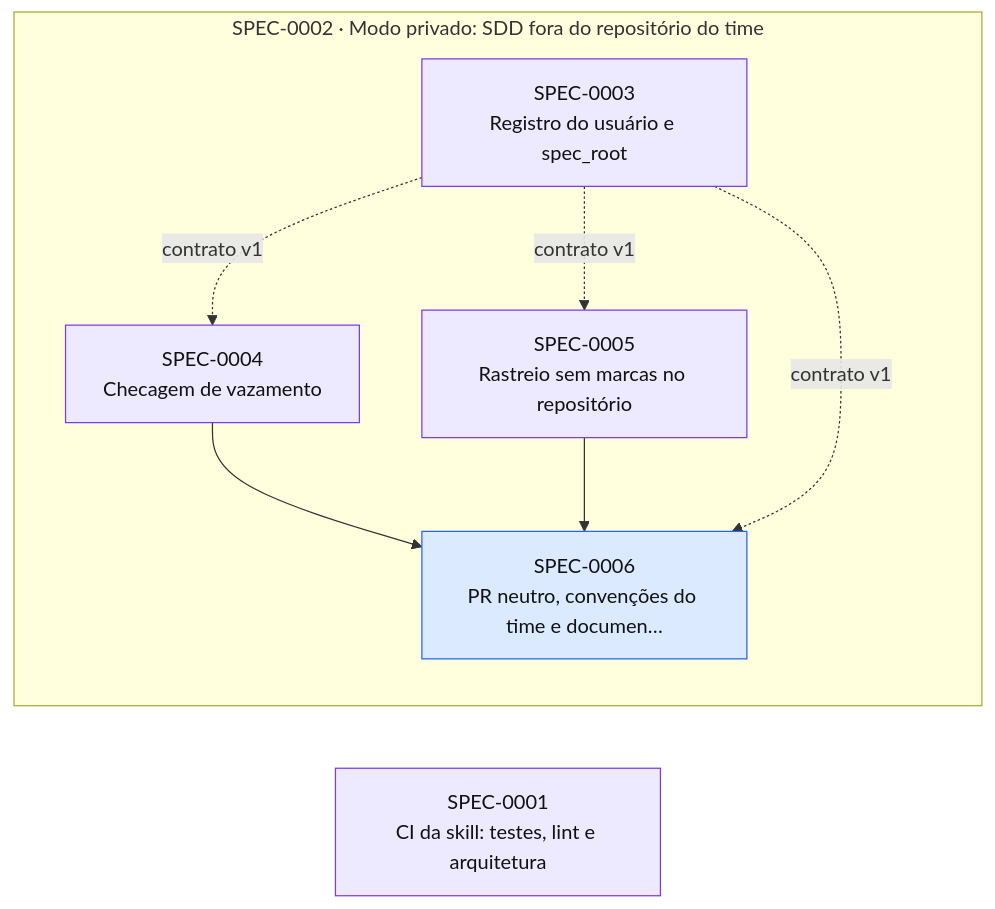
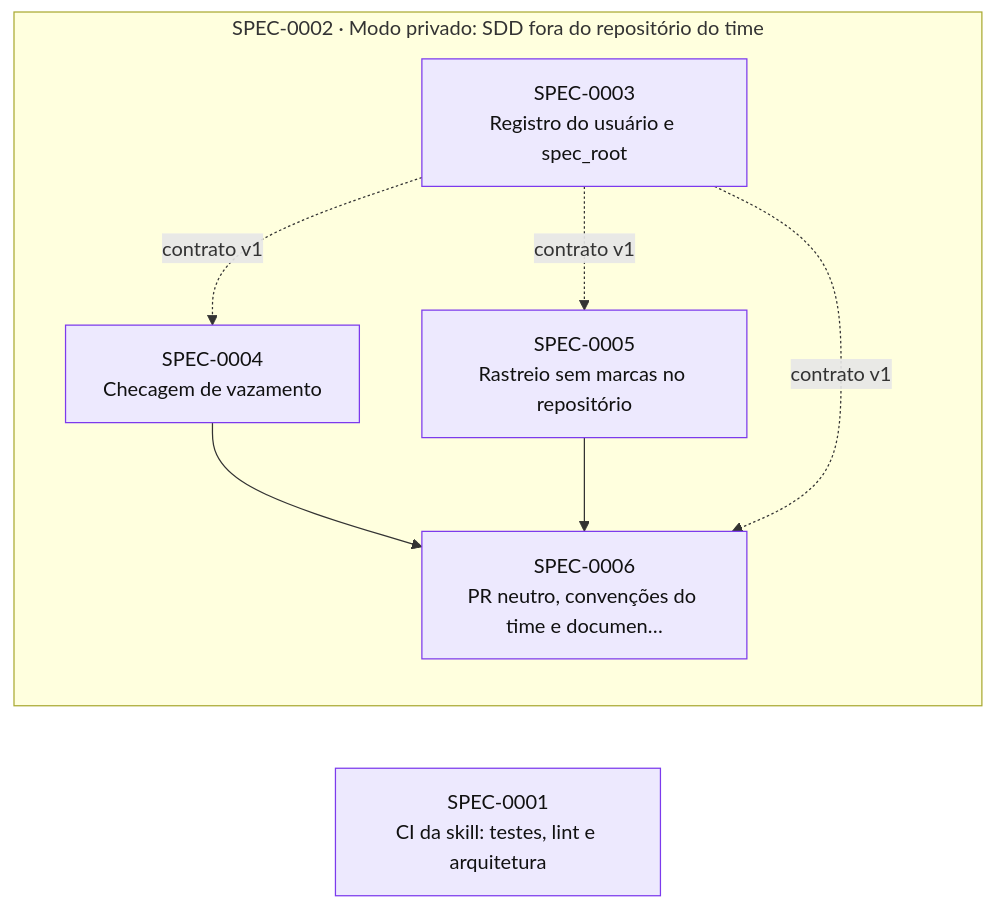
One commit to thomasravache/ai-dev-brain changed the diagram in docs/specs/INDEX.md. Above: the diagram before and after it, drawn with Mermaid. The commit also changed other lines of this file and 1 other file, not shown here.

First line of the commit message:
docs(specs): inicia a SPEC-0006

````diff
--- a/docs/specs/INDEX.md
+++ b/docs/specs/INDEX.md
@@ -55,20 +55,20 @@
 ```mermaid
 flowchart LR
   S0001["SPEC-0001<br/>CI da skill: testes, lint e arquitetura"]:::inprogress
   subgraph E0002["SPEC-0002 · Modo privado: SDD fora do repositório do time"]
     S0003["SPEC-0003<br/>Registro do usuário e spec_root"]:::inprogress
     S0004["SPEC-0004<br/>Checagem de vazamento"]:::inprogress
     S0005["SPEC-0005<br/>Rastreio sem marcas no repositório"]:::inprogress
-    S0006["SPEC-0006<br/>PR neutro, convenções do time e documen…"]:::approved
+    S0006["SPEC-0006<br/>PR neutro, convenções do time e documen…"]:::inprogress
   end
   S0003 -. contrato v1 .-> S0004
   S0003 -. contrato v1 .-> S0005
   S0004 --> S0006
   S0005 --> S0006
   S0003 -. contrato v1 .-> S0006
   classDef proposed fill:#fef3c7,stroke:#d97706,color:#111
   classDef approved fill:#dbeafe,stroke:#2563eb,color:#111
   classDef inprogress fill:#ede9fe,stroke:#7c3aed,color:#111
   classDef implemented fill:#dcfce7,stroke:#16a34a,color:#111
   classDef deprecated fill:#f3f4f6,stroke:#9ca3af,color:#6b7280
 ```
````
